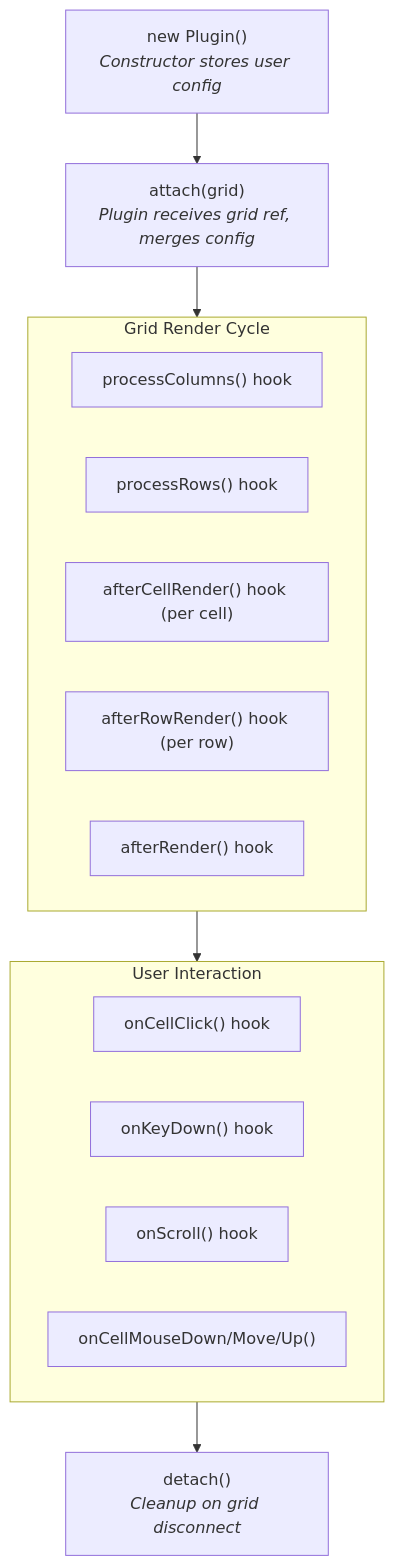
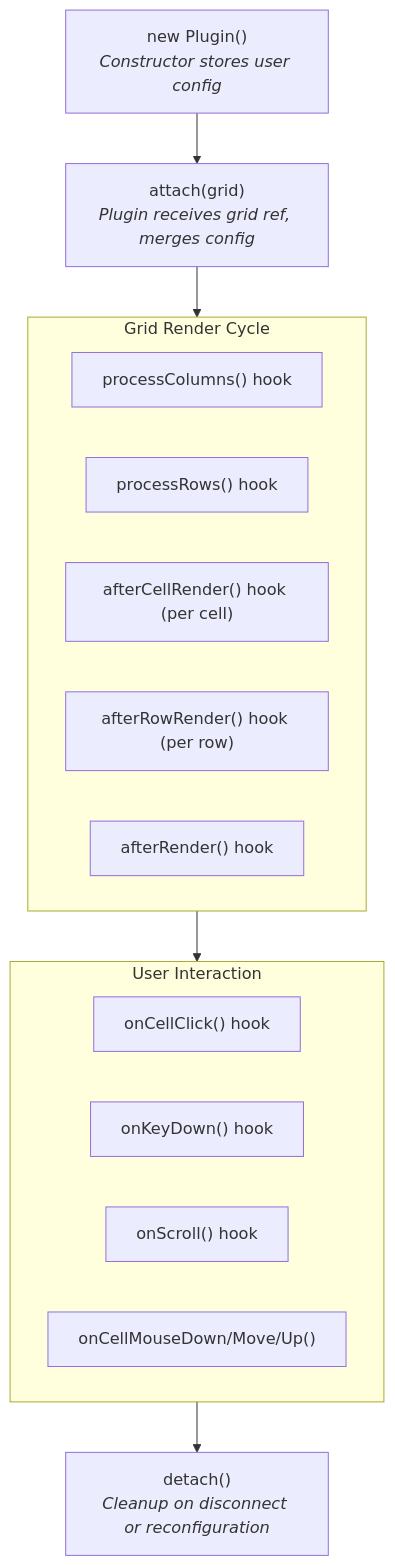
The first of 2 diagrams in apps/docs/src/content/docs/grid/plugin-development/architecture.mdx (OysteinAmundsen/toolbox), drawn with Mermaid before and after one commit. The commit also changed other lines of this file and 2 other files, not shown here.

First line of the commit message:
docs: explain plugin reconfiguration state loss (#683) (#705)

````diff
--- a/apps/docs/src/content/docs/grid/plugin-development/architecture.mdx
+++ b/apps/docs/src/content/docs/grid/plugin-development/architecture.mdx
@@ -14,22 +14,22 @@
 ```mermaid
 flowchart TB
     A["new Plugin()<br/><i>Constructor stores user config</i>"] --> B["attach(grid)<br/><i>Plugin receives grid ref, merges config</i>"]
     B --> C["Grid Render Cycle"]
     C --> D["User Interaction"]
-    D --> E["detach()<br/><i>Cleanup on grid disconnect</i>"]
+    D --> E["detach()<br/><i>Cleanup on disconnect or reconfiguration</i>"]
 
     subgraph C["Grid Render Cycle"]
         C1["processColumns() hook"]
         C2["processRows() hook"]
         C3["afterCellRender() hook (per cell)"]
         C4["afterRowRender() hook (per row)"]
         C5["afterRender() hook"]
     end
 
     subgraph D["User Interaction"]
         D1["onCellClick() hook"]
         D2["onKeyDown() hook"]
         D3["onScroll() hook"]
         D4["onCellMouseDown/Move/Up()"]
     end
 ```
````
